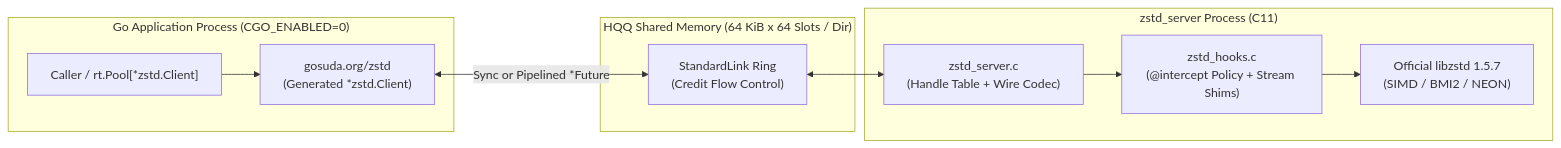
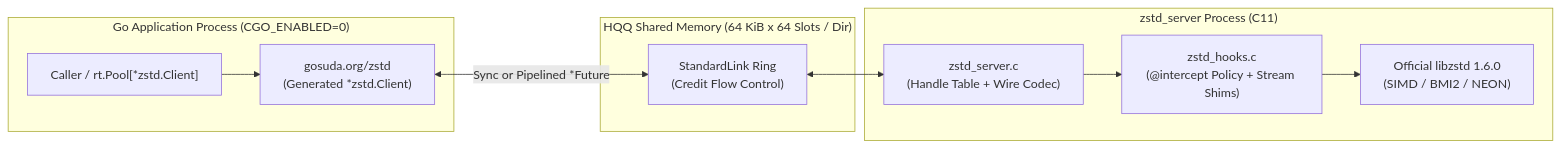
The diagram in ipc/hqq/hqq-zstd/docs/ARCHITECTURE.md (gosuda/1), drawn with Mermaid before and after one commit. The commit also changed other lines of this file and 10 other files, not shown here.

````diff
--- a/ipc/hqq/hqq-zstd/docs/ARCHITECTURE.md
+++ b/ipc/hqq/hqq-zstd/docs/ARCHITECTURE.md
@@ -11,19 +11,19 @@
 ```mermaid
 flowchart LR
     subgraph Go["Go Application Process (CGO_ENABLED=0)"]
         APP["Caller / rt.Pool[*zstd.Client]"] --> CLI["gosuda.org/zstd\n(Generated *zstd.Client)"]
     end
 
     subgraph SHM["HQQ Shared Memory (64 KiB x 64 Slots / Dir)"]
         RING["StandardLink Ring\n(Credit Flow Control)"]
     end
 
     subgraph CSrv["zstd_server Process (C11)"]
         DISP["zstd_server.c\n(Handle Table + Wire Codec)"]
         HOOK["zstd_hooks.c\n(@intercept Policy + Stream Shims)"]
-        ZSTD["Official libzstd 1.5.7\n(SIMD / BMI2 / NEON)"]
+        ZSTD["Official libzstd 1.6.0\n(SIMD / BMI2 / NEON)"]
         DISP --> HOOK --> ZSTD
     end
 
     CLI <-->|"Sync or Pipelined *Future"| RING <--> DISP
 ```
````
